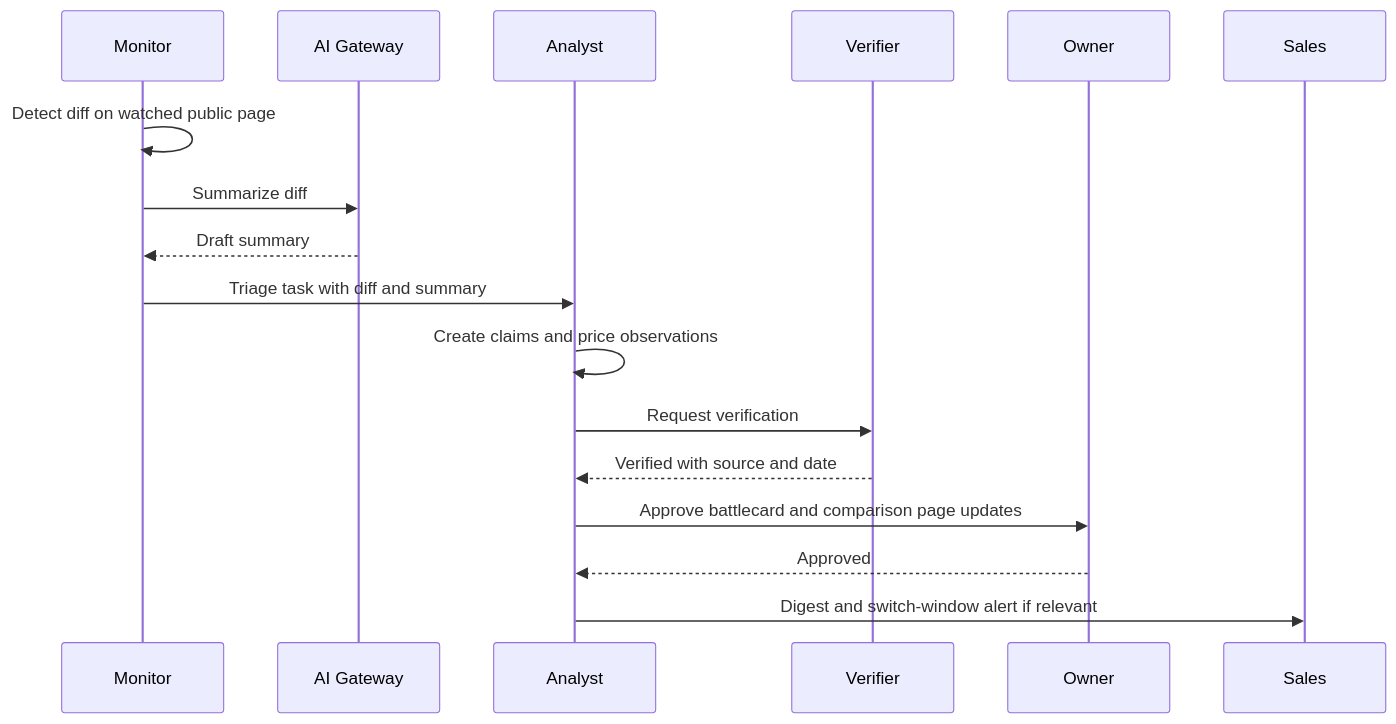
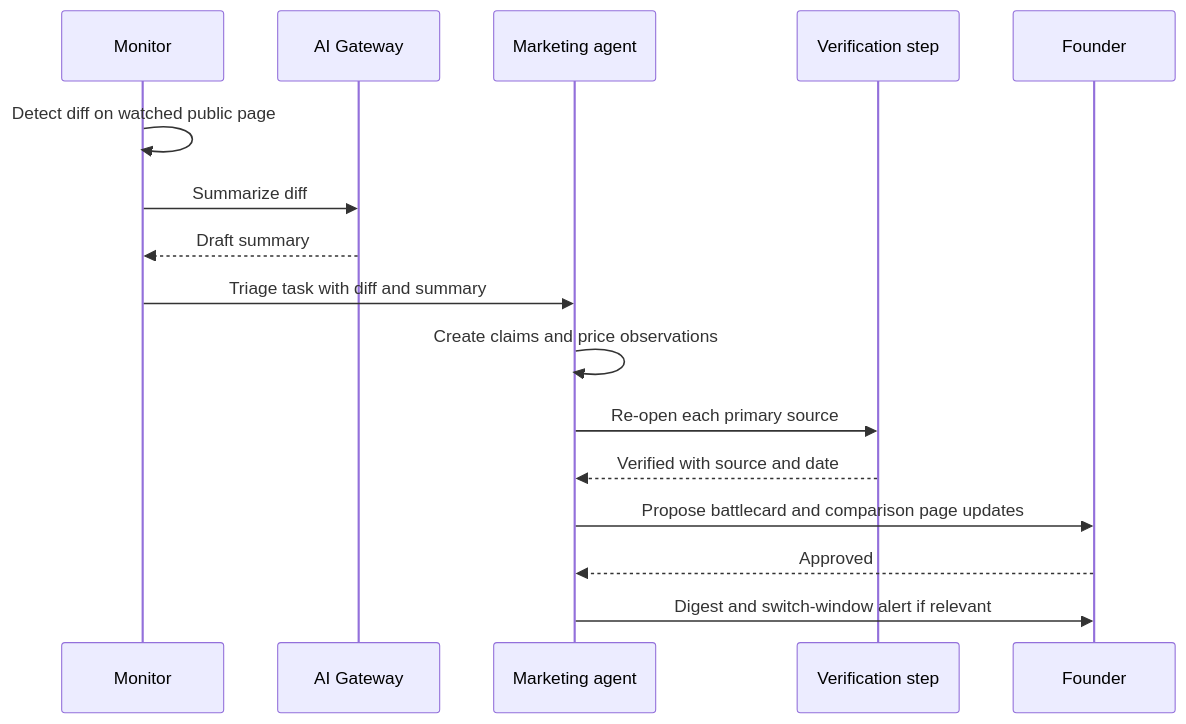
One commit to jdinard/landscape changed the ninth of 12 diagrams in docs/01-market-landscape.md. Above: the diagram before and after it, drawn with Mermaid. The commit also changed other lines of this file and 42 other files, not shown here.

````diff
--- a/docs/01-market-landscape.md
+++ b/docs/01-market-landscape.md
@@ -1131,19 +1132,18 @@
 ```mermaid
 sequenceDiagram
   participant Monitor
   participant Gateway as AI Gateway
-  participant Analyst
-  participant Verifier
-  participant Owner
-  participant Sales
+  participant Agent as Marketing agent
+  participant Check as Verification step
+  participant Founder
   Monitor->>Monitor: Detect diff on watched public page
   Monitor->>Gateway: Summarize diff
   Gateway-->>Monitor: Draft summary
-  Monitor->>Analyst: Triage task with diff and summary
-  Analyst->>Analyst: Create claims and price observations
-  Analyst->>Verifier: Request verification
-  Verifier-->>Analyst: Verified with source and date
-  Analyst->>Owner: Approve battlecard and comparison page updates
-  Owner-->>Analyst: Approved
-  Analyst->>Sales: Digest and switch-window alert if relevant
+  Monitor->>Agent: Triage task with diff and summary
+  Agent->>Agent: Create claims and price observations
+  Agent->>Check: Re-open each primary source
+  Check-->>Agent: Verified with source and date
+  Agent->>Founder: Propose battlecard and comparison page updates
+  Founder-->>Agent: Approved
+  Agent->>Founder: Digest and switch-window alert if relevant
 ```
````
